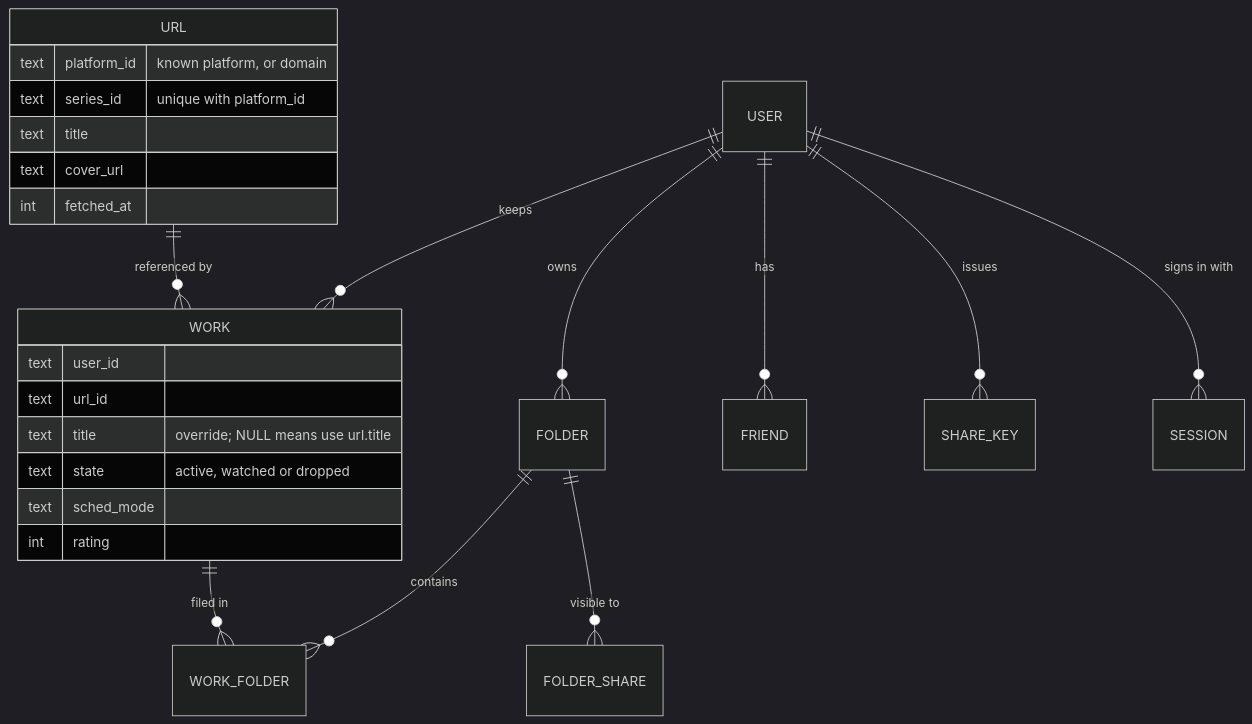
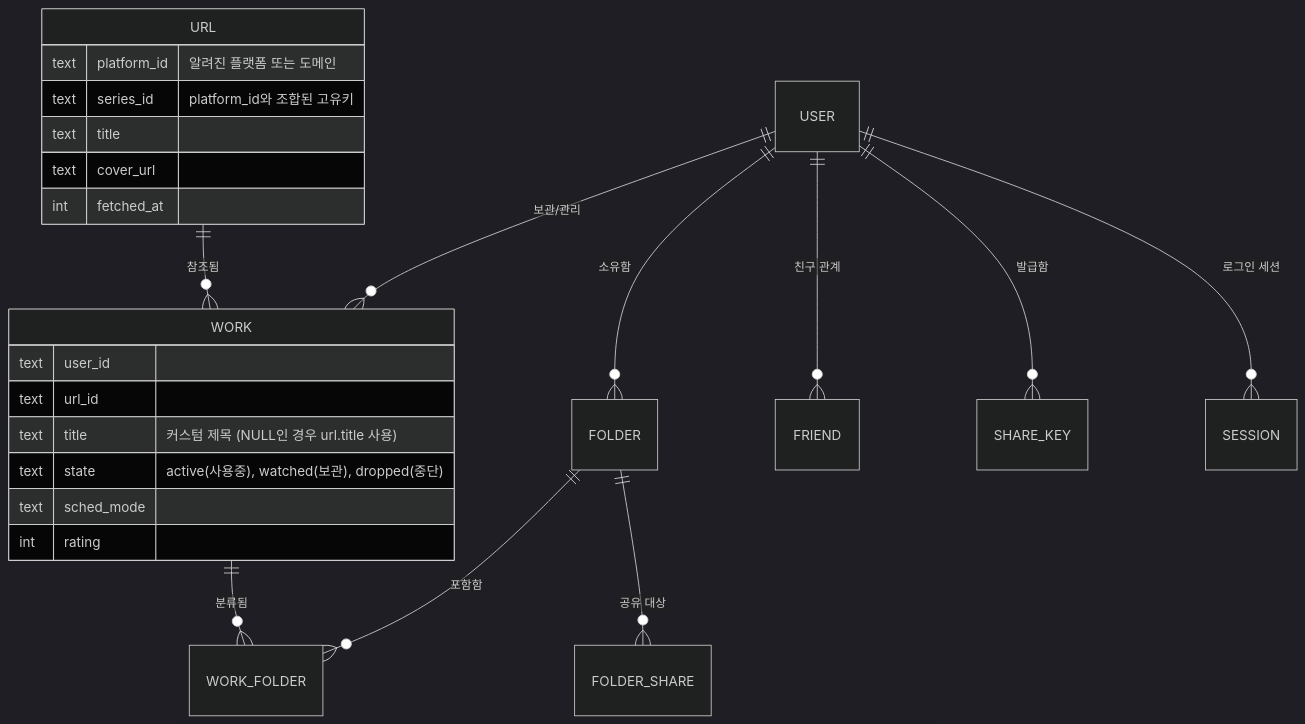
The second of 2 diagrams in README.md (agii990114-ctrl/habhobby), drawn with Mermaid (dark theme) before and after one commit. The commit also changed other lines of this file, not shown here.

````diff
--- a/README.md
+++ b/README.md
@@ -179,28 +144,28 @@
 ```mermaid
 erDiagram
-  USER ||--o{ WORK : keeps
-  URL  ||--o{ WORK : "referenced by"
-  USER ||--o{ FOLDER : owns
-  FOLDER ||--o{ WORK_FOLDER : contains
-  WORK ||--o{ WORK_FOLDER : "filed in"
-  FOLDER ||--o{ FOLDER_SHARE : "visible to"
-  USER ||--o{ FRIEND : has
-  USER ||--o{ SHARE_KEY : issues
-  USER ||--o{ SESSION : "signs in with"
+  USER ||--o{ WORK : "보관/관리"
+  URL  ||--o{ WORK : "참조됨"
+  USER ||--o{ FOLDER : "소유함"
+  FOLDER ||--o{ WORK_FOLDER : "포함함"
+  WORK ||--o{ WORK_FOLDER : "분류됨"
+  FOLDER ||--o{ FOLDER_SHARE : "공유 대상"
+  USER ||--o{ FRIEND : "친구 관계"
+  USER ||--o{ SHARE_KEY : "발급함"
+  USER ||--o{ SESSION : "로그인 세션"
 
   URL {
-    text platform_id "known platform, or domain"
-    text series_id "unique with platform_id"
+    text platform_id "알려진 플랫폼 또는 도메인"
+    text series_id "platform_id와 조합된 고유키"
     text title
     text cover_url
     int  fetched_at
   }
   WORK {
     text user_id
     text url_id
-    text title "override; NULL means use url.title"
-    text state "active, watched or dropped"
+    text title "커스텀 제목 (NULL인 경우 url.title 사용)"
+    text state "active(사용중), watched(보관), dropped(중단)"
     text sched_mode
     int  rating
   }
 ```
````
